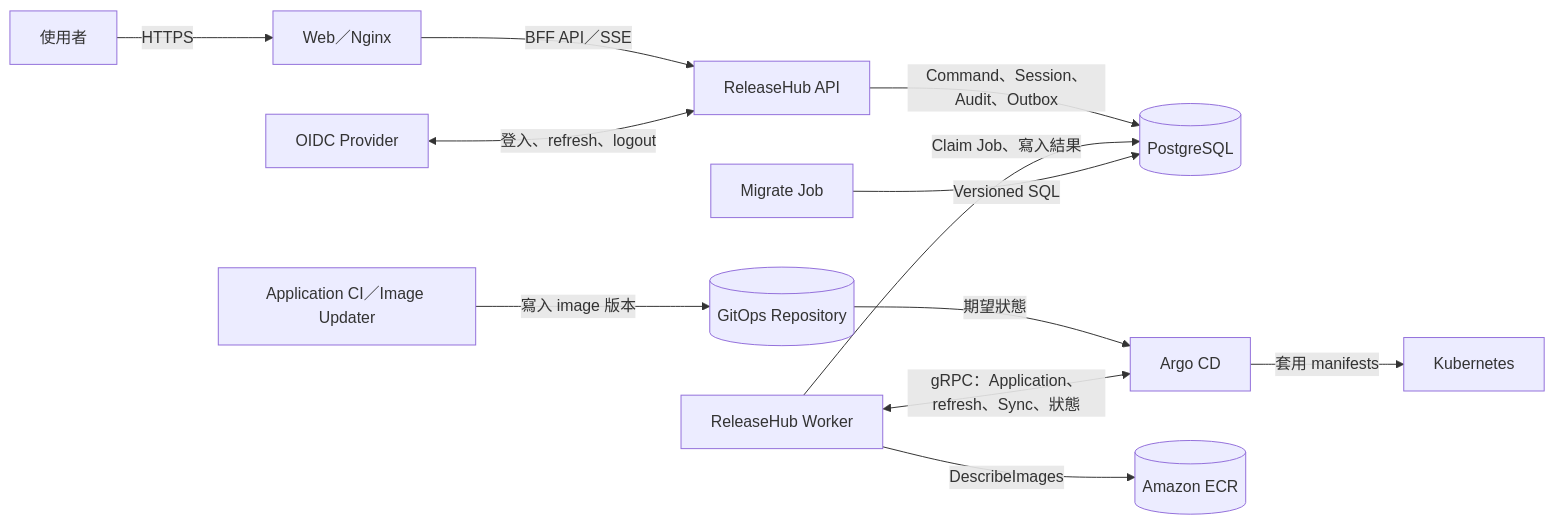
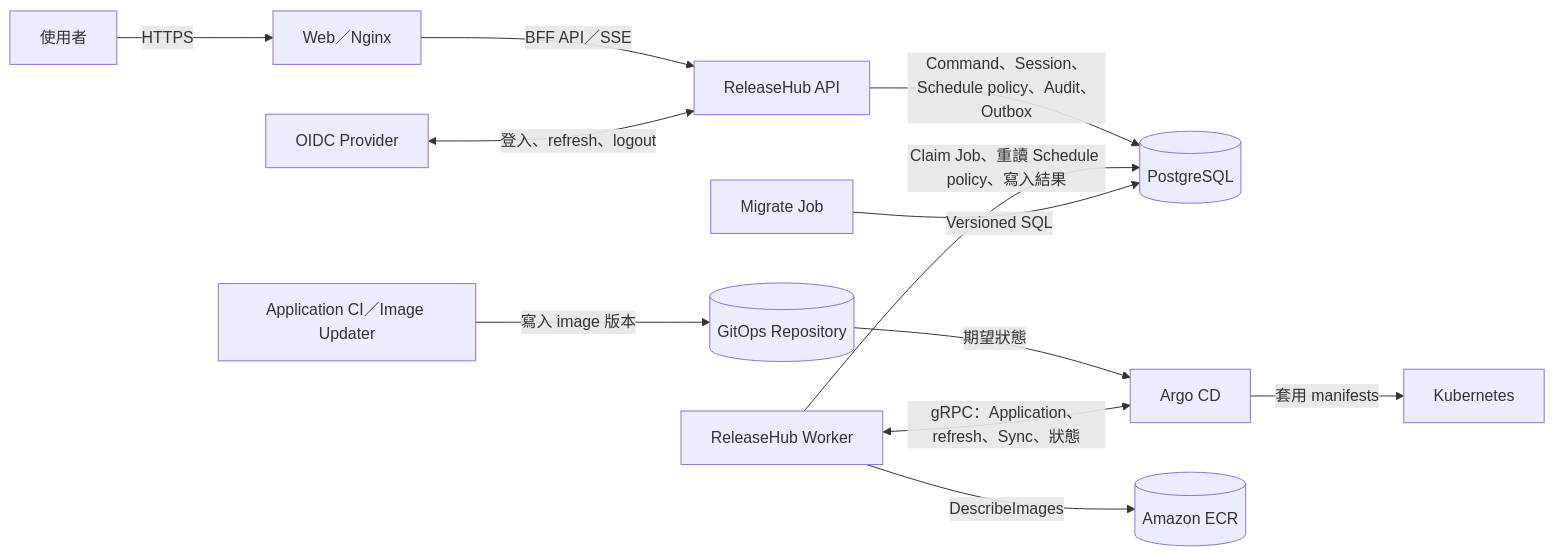
One commit to vincent119/ReleaseHub changed the first of 2 diagrams in Docs/zh-TW/architecture.md. Above: the diagram before and after it, drawn with Mermaid. The commit also changed other lines of this file and 74 other files, not shown here.

````diff
--- a/Docs/zh-TW/architecture.md
+++ b/Docs/zh-TW/architecture.md
@@ -24,16 +24,16 @@
 ```mermaid
 flowchart LR
   User[使用者] -->|HTTPS| Web[Web／Nginx]
   Web -->|BFF API／SSE| API[ReleaseHub API]
   IdP[OIDC Provider] <-->|登入、refresh、logout| API
 
-  API -->|Command、Session、Audit、Outbox| DB[(PostgreSQL)]
-  Worker[ReleaseHub Worker] -->|Claim Job、寫入結果| DB
+  API -->|Command、Session、Schedule policy、Audit、Outbox| DB[(PostgreSQL)]
+  Worker[ReleaseHub Worker] -->|Claim Job、重讀 Schedule policy、寫入結果| DB
   Migrate[Migrate Job] -->|Versioned SQL| DB
 
   GitWriter[Application CI／Image Updater] -->|寫入 image 版本| Git[(GitOps Repository)]
   Git -->|期望狀態| Argo[Argo CD]
   Worker <-->|gRPC：Application、refresh、Sync、狀態| Argo
   Worker -->|DescribeImages| ECR[(Amazon ECR)]
   Argo -->|套用 manifests| K8s[Kubernetes]
 ```
````
